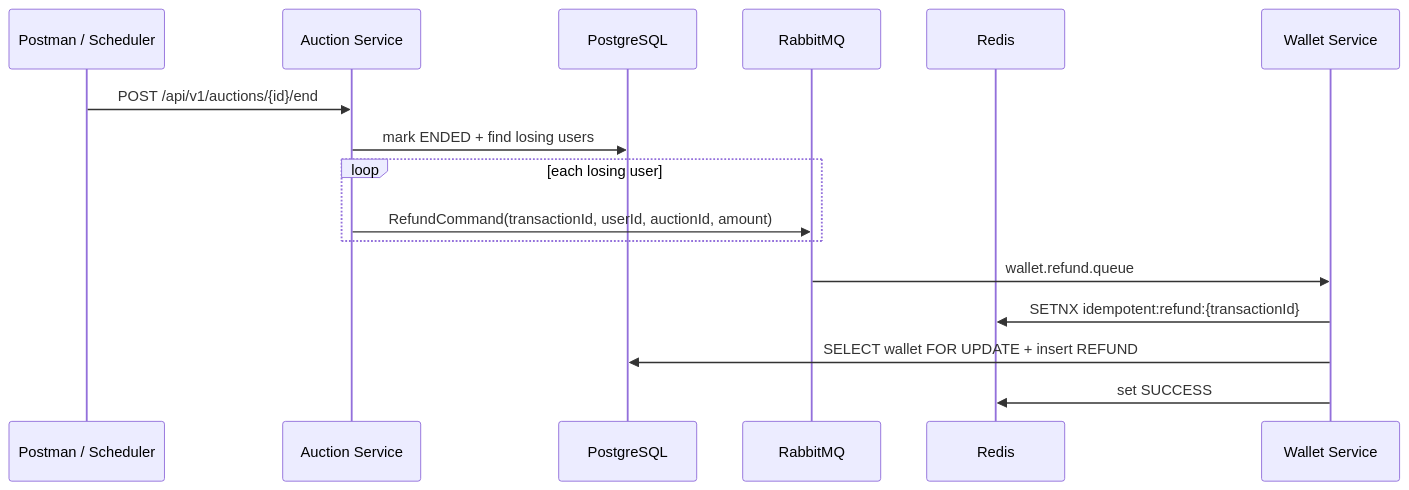
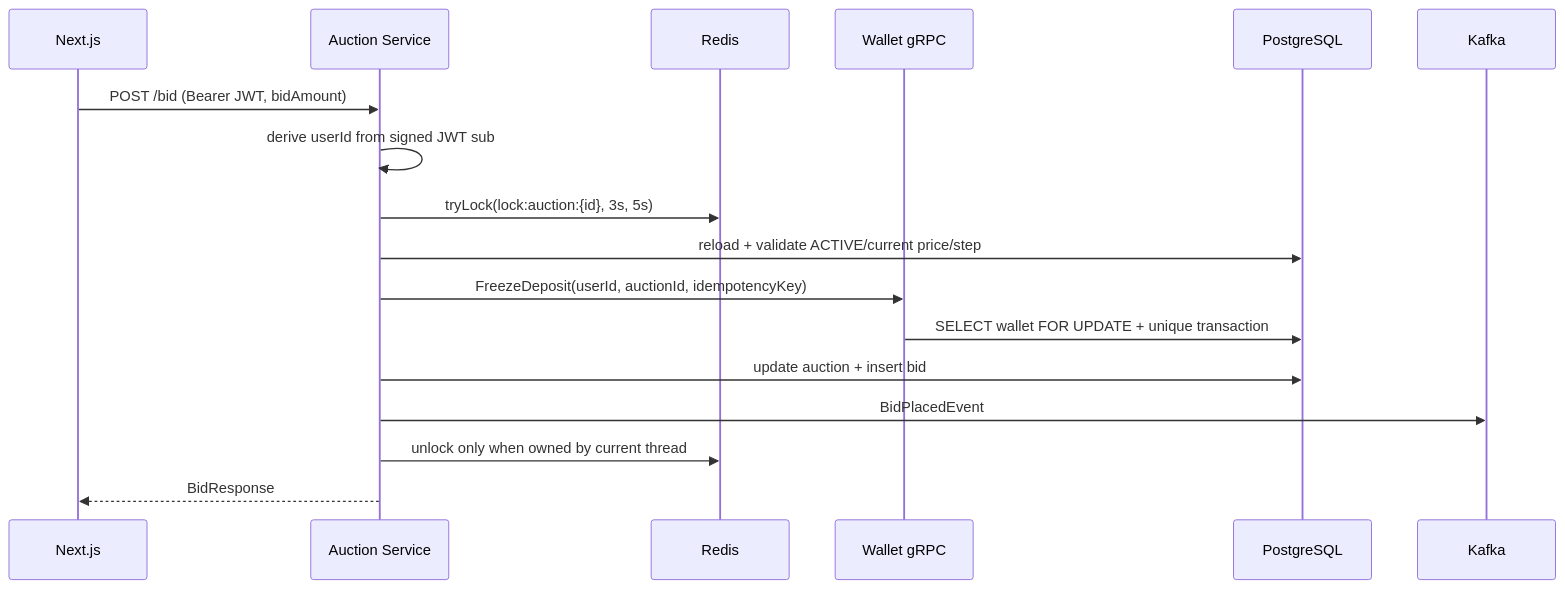
One commit to okuminhphen/omnibid changed the third of 3 diagrams in README.md. Above: the diagram before and after it, drawn with Mermaid. The commit also changed other lines of this file and 4 other files, not shown here.

Commit message:
docs: add architecture overview, sequence diagrams, and environment specifications

````diff
--- a/README.md
+++ b/README.md
@@ -68,19 +71,20 @@
 ```mermaid
 sequenceDiagram
-    participant C as Postman / Scheduler
+    participant UI as Next.js
     participant A as Auction Service
+    participant R as Redis
+    participant W as Wallet gRPC
     participant DB as PostgreSQL
-    participant Q as RabbitMQ
-    participant R as Redis
-    participant W as Wallet Service
+    participant K as Kafka
 
-    C->>A: POST /api/v1/auctions/{id}/end
-    A->>DB: mark ENDED + find losing users
-    loop each losing user
-        A->>Q: RefundCommand(transactionId, userId, auctionId, amount)
-    end
-    Q->>W: wallet.refund.queue
-    W->>R: SETNX idempotent:refund:{transactionId}
-    W->>DB: SELECT wallet FOR UPDATE + insert REFUND
-    W->>R: set SUCCESS
+    UI->>A: POST /bid (Bearer JWT, bidAmount)
+    A->>A: derive userId from signed JWT sub
+    A->>R: tryLock(lock:auction:{id}, 3s, 5s)
+    A->>DB: reload + validate ACTIVE/current price/step
+    A->>W: FreezeDeposit(userId, auctionId, idempotencyKey)
+    W->>DB: SELECT wallet FOR UPDATE + unique transaction
+    A->>DB: update auction + insert bid
+    A->>K: BidPlacedEvent
+    A->>R: unlock only when owned by current thread
+    A-->>UI: BidResponse
 ```
````
